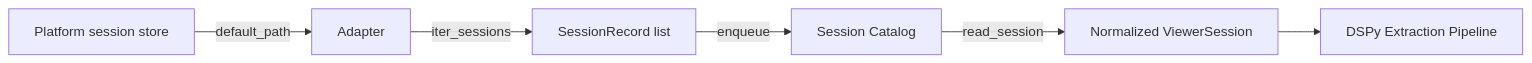
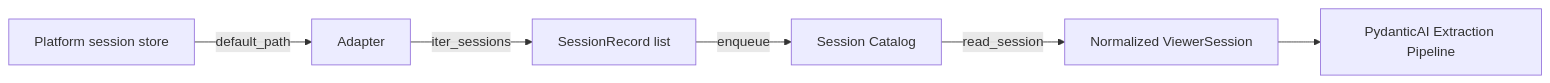
Before and after one commit to lerim-dev/lerim-cli: the diagram in docs/guides/connecting-agents.md, drawn with Mermaid. The commit also changed other lines of this file and 201 other files, not shown here.

````diff
--- a/docs/guides/connecting-agents.md
+++ b/docs/guides/connecting-agents.md
@@ -75,8 +75,8 @@
 ```mermaid
 flowchart LR
     A[Platform session store] -->|default_path| B[Adapter]
     B -->|iter_sessions| C[SessionRecord list]
     C -->|enqueue| D[Session Catalog]
     D -->|read_session| E[Normalized ViewerSession]
-    E --> F[DSPy Extraction Pipeline]
+    E --> F[PydanticAI Extraction Pipeline]
 ```
````
